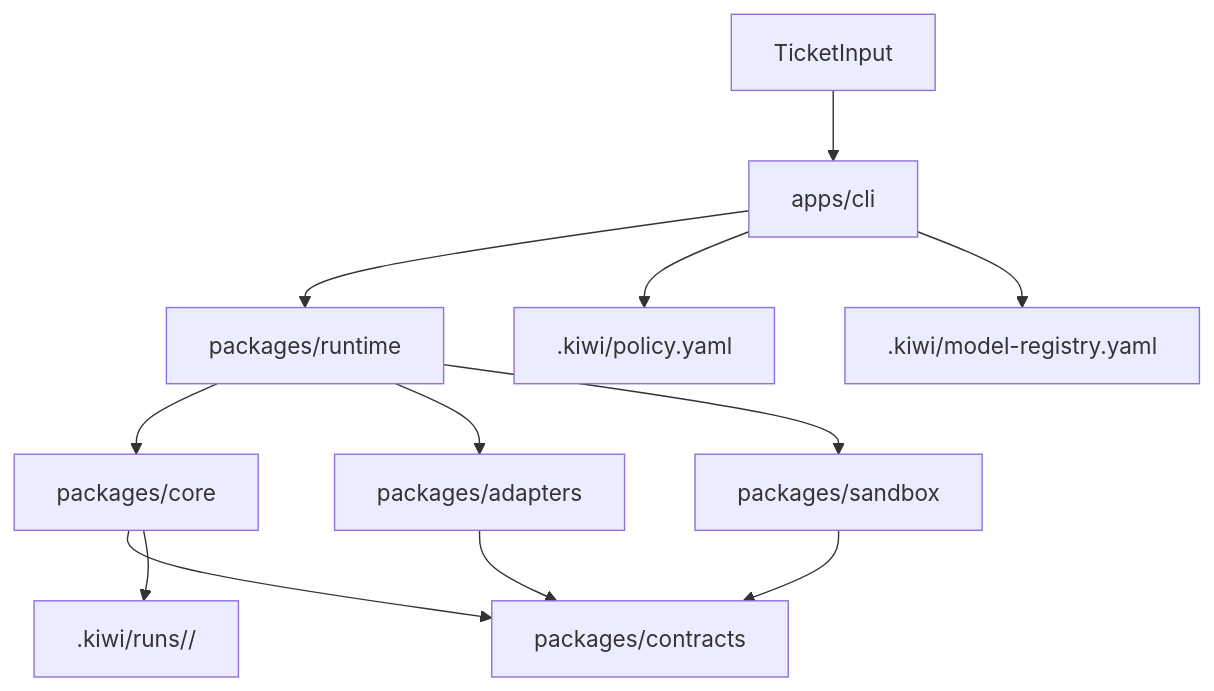
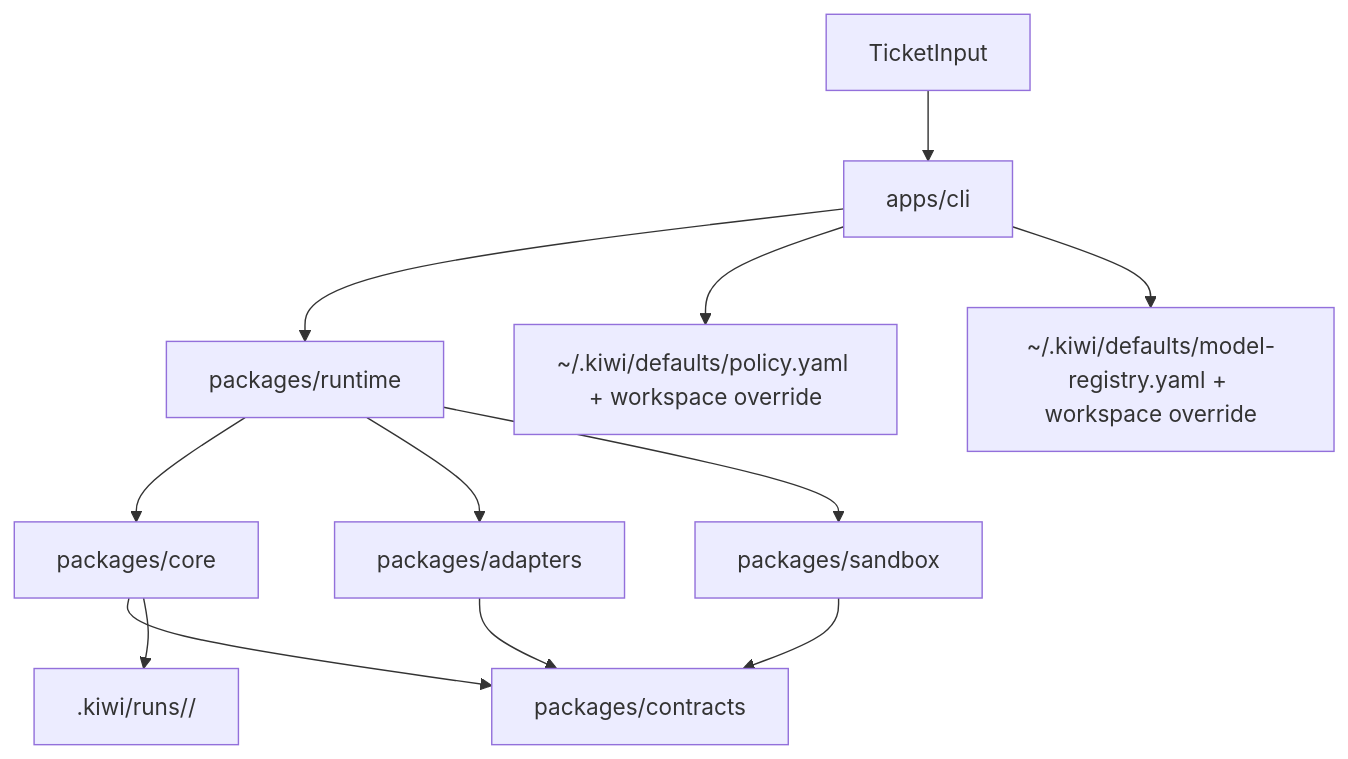
Before and after one commit to kiwijuicer/kiwi: the diagram in docs/architecture.md, drawn with Mermaid. The commit also changed other lines of this file and 37 other files, not shown here.

Commit message:
Require shared kiwi home defaults

````diff
--- a/docs/architecture.md
+++ b/docs/architecture.md
@@ -10,14 +10,14 @@
 ```mermaid
 flowchart TD
   input[TicketInput] --> cli[apps/cli]
   cli --> runtime[packages/runtime]
   runtime --> core[packages/core]
   runtime --> adapters[packages/adapters]
   runtime --> sandbox[packages/sandbox]
   core --> contracts[packages/contracts]
   adapters --> contracts
   sandbox --> contracts
   core --> runstore[.kiwi/runs/<run-id>/]
-  cli --> policy[.kiwi/policy.yaml]
-  cli --> registry[.kiwi/model-registry.yaml]
+  cli --> policy[~/.kiwi/defaults/policy.yaml + workspace override]
+  cli --> registry[~/.kiwi/defaults/model-registry.yaml + workspace override]
 ```
````
